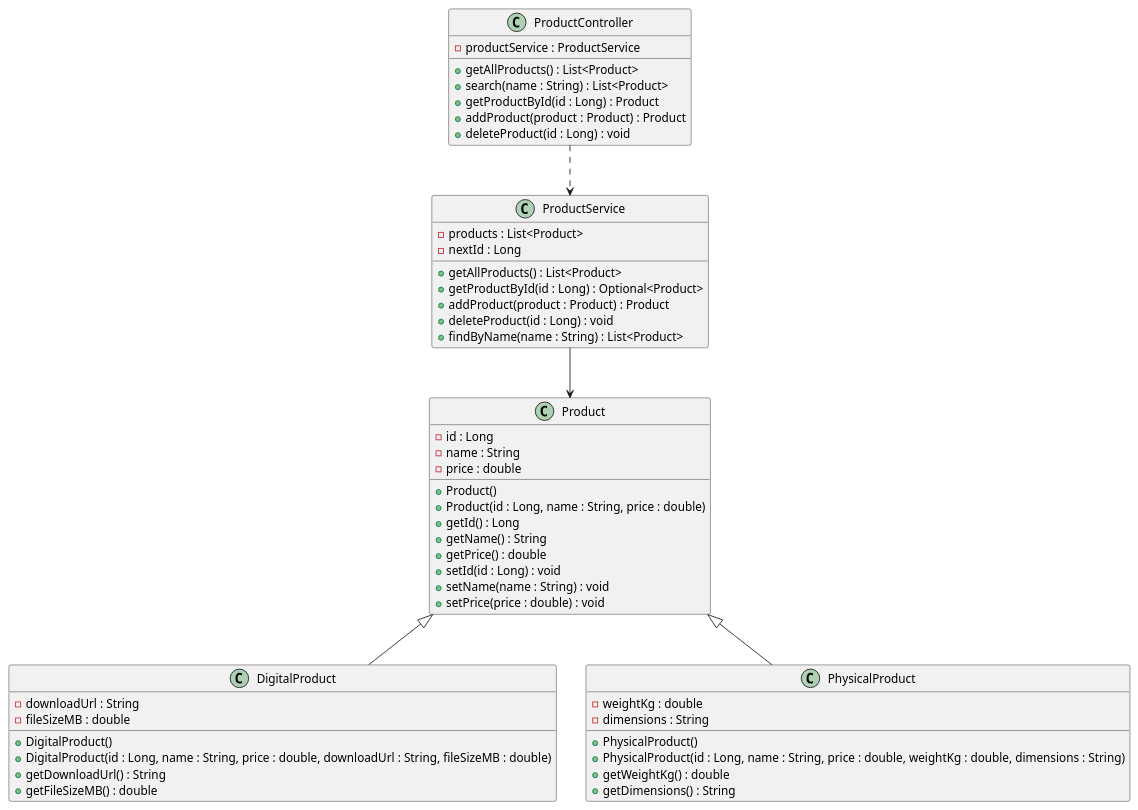
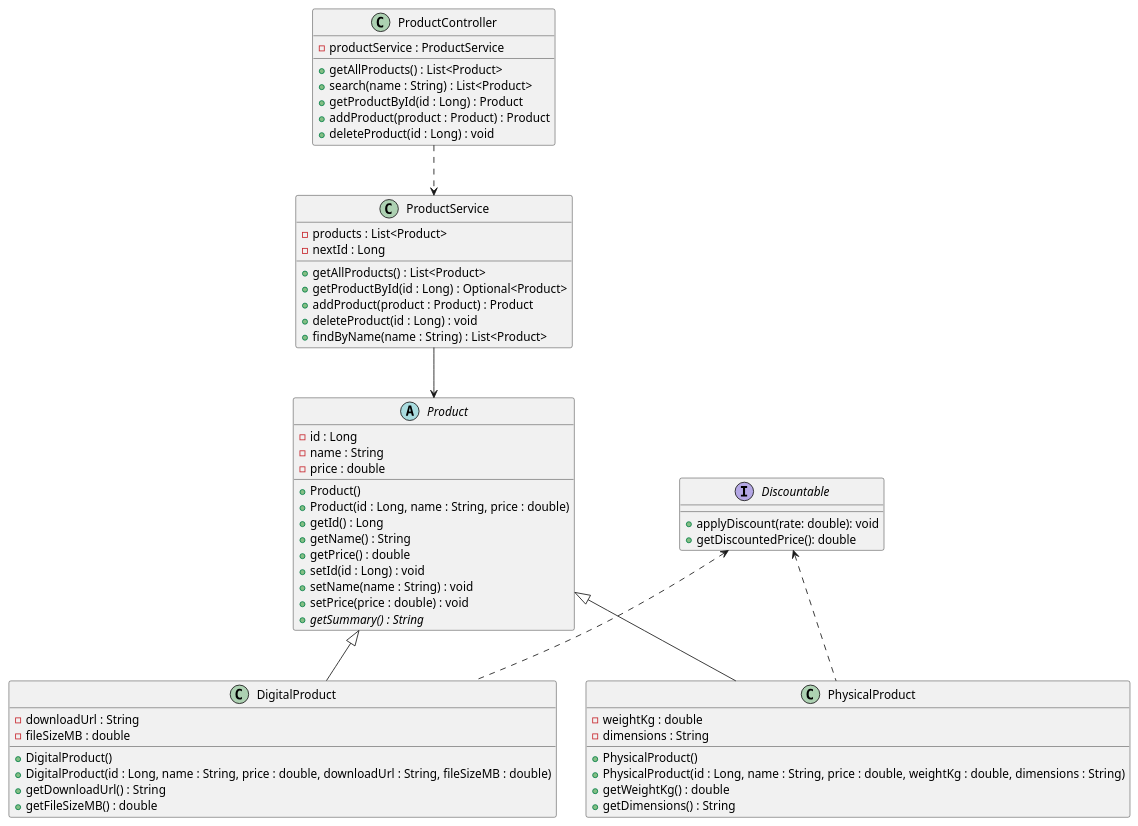
The diagram in docs/uml/Product.puml (Moni-tg/products-api), drawn with PlantUML before and after one commit. The commit also changed 4 other files, not shown here.

Commit message:
Tutorial 5: polymorphism — getSummary override and Discountable interface

```diff
--- a/docs/uml/Product.puml
+++ b/docs/uml/Product.puml
@@ -1,63 +1,71 @@
 @startuml
 
-class Product {
+abstract class Product {
   - id : Long
   - name : String
   - price : double
   + Product()
   + Product(id : Long, name : String, price : double)
   + getId() : Long
   + getName() : String
   + getPrice() : double
   + setId(id : Long) : void
   + setName(name : String) : void
   + setPrice(price : double) : void
+  + {abstract} getSummary() : String
 }
 
 class ProductService {
   - products : List<Product>
   - nextId : Long
   + getAllProducts() : List<Product>
   + getProductById(id : Long) : Optional<Product>
   + addProduct(product : Product) : Product
   + deleteProduct(id : Long) : void
   + findByName(name : String) : List<Product>
 }
 
 class ProductController {
   - productService : ProductService
   + getAllProducts() : List<Product>
   + search(name : String) : List<Product>
   + getProductById(id : Long) : Product
   + addProduct(product : Product) : Product
   + deleteProduct(id : Long) : void
 }
 
 class DigitalProduct {
     - downloadUrl : String
     - fileSizeMB : double
     + DigitalProduct()
     + DigitalProduct(id : Long, name : String, price : double, downloadUrl : String, fileSizeMB : double)
     + getDownloadUrl() : String
     + getFileSizeMB() : double
 }
 
 class PhysicalProduct {
     - weightKg : double
     - dimensions : String
     + PhysicalProduct()
     + PhysicalProduct(id : Long, name : String, price : double, weightKg : double, dimensions : String)
     + getWeightKg() : double
     + getDimensions() : String
 }
 
+interface Discountable {
+    + applyDiscount(rate: double): void
+    + getDiscountedPrice(): double
+}
+
 ' ..> is a dependency: DASHED line, open arrow
 ProductController ..> ProductService
 
 ' --> is an association: SOLID line
 ProductService --> Product
 
 Product <|-- DigitalProduct
 Product <|-- PhysicalProduct
+Discountable <.. DigitalProduct
+Discountable <.. PhysicalProduct
 
 @enduml
```
